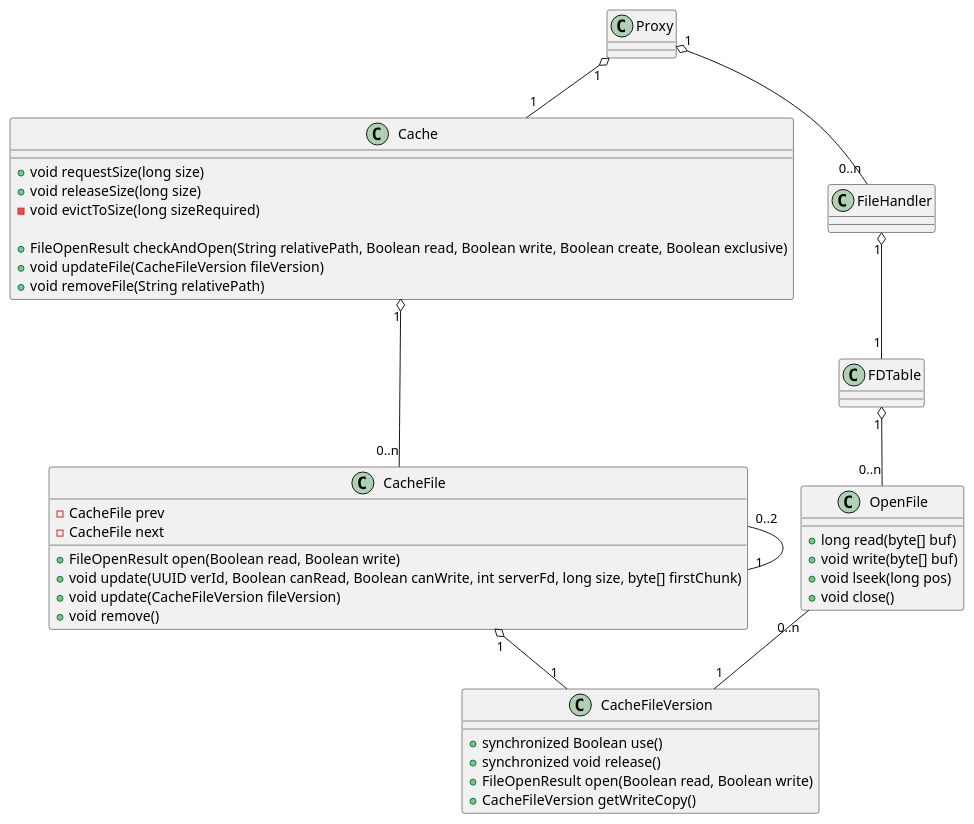
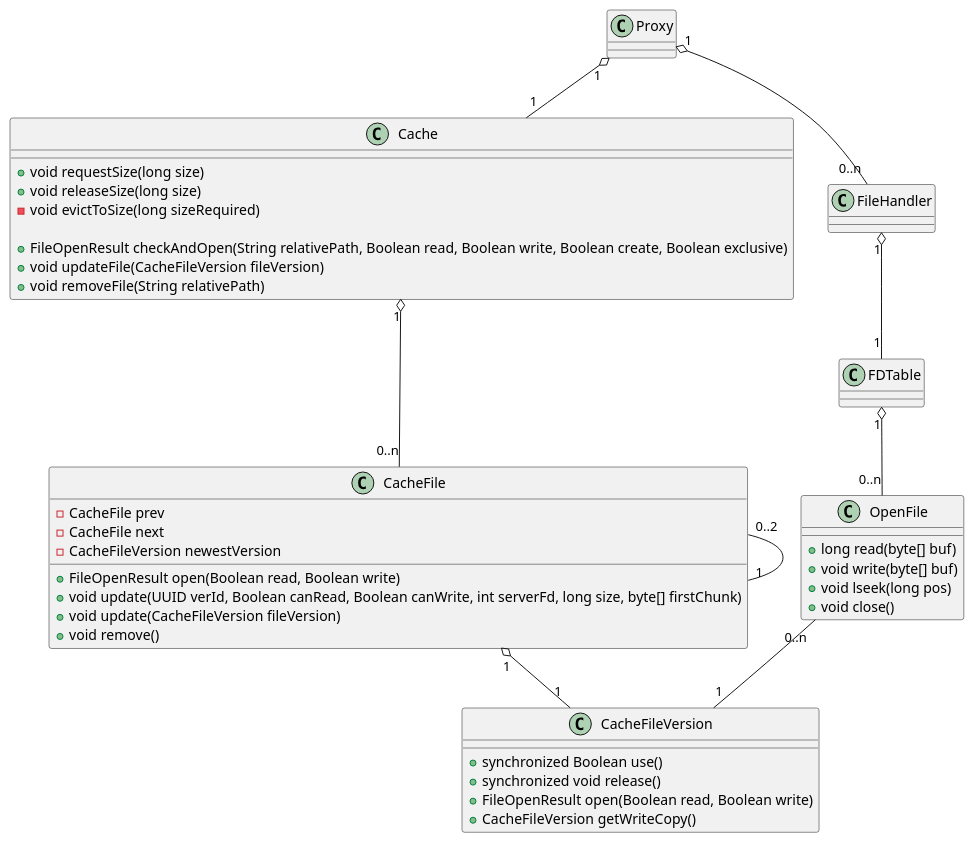
The diagram in uml/cache.wsd (TheDesertedSea/RPCFileSystem), drawn with PlantUML before and after one commit. The commit also changed 1 other file, not shown here.

```diff
--- a/uml/cache.wsd
+++ b/uml/cache.wsd
@@ -1,51 +1,52 @@
 @startuml project2
 
 
 Proxy "1" o-- "1" Cache
 Cache "1" o-- "0..n" CacheFile
 CacheFile "1" o-- "1" CacheFileVersion
 OpenFile "0..n" -- "1" CacheFileVersion
 CacheFile "0..2" -- "1" CacheFile
 
 Proxy "1" o-- "0..n" FileHandler
 FileHandler "1" o-- "1" FDTable
 FDTable "1" o-- "0..n" OpenFile
 
 class Cache
 {
     + void requestSize(long size)
     + void releaseSize(long size)
     - void evictToSize(long sizeRequired)
 
     + FileOpenResult checkAndOpen(String relativePath, Boolean read, Boolean write, Boolean create, Boolean exclusive)
     + void updateFile(CacheFileVersion fileVersion)
     + void removeFile(String relativePath)
 }
 
 class CacheFile
 {
     - CacheFile prev
     - CacheFile next
+    - CacheFileVersion newestVersion
     + FileOpenResult open(Boolean read, Boolean write)
     + void update(UUID verId, Boolean canRead, Boolean canWrite, int serverFd, long size, byte[] firstChunk)
     + void update(CacheFileVersion fileVersion)
     + void remove()
 }
 
 class CacheFileVersion
 {
     + synchronized Boolean use()
     + synchronized void release()
     + FileOpenResult open(Boolean read, Boolean write)
     + CacheFileVersion getWriteCopy()
 }
 
 class OpenFile
 {
     + long read(byte[] buf)
     + void write(byte[] buf)
     + void lseek(long pos)
     + void close()
 }
 
 @enduml
```
